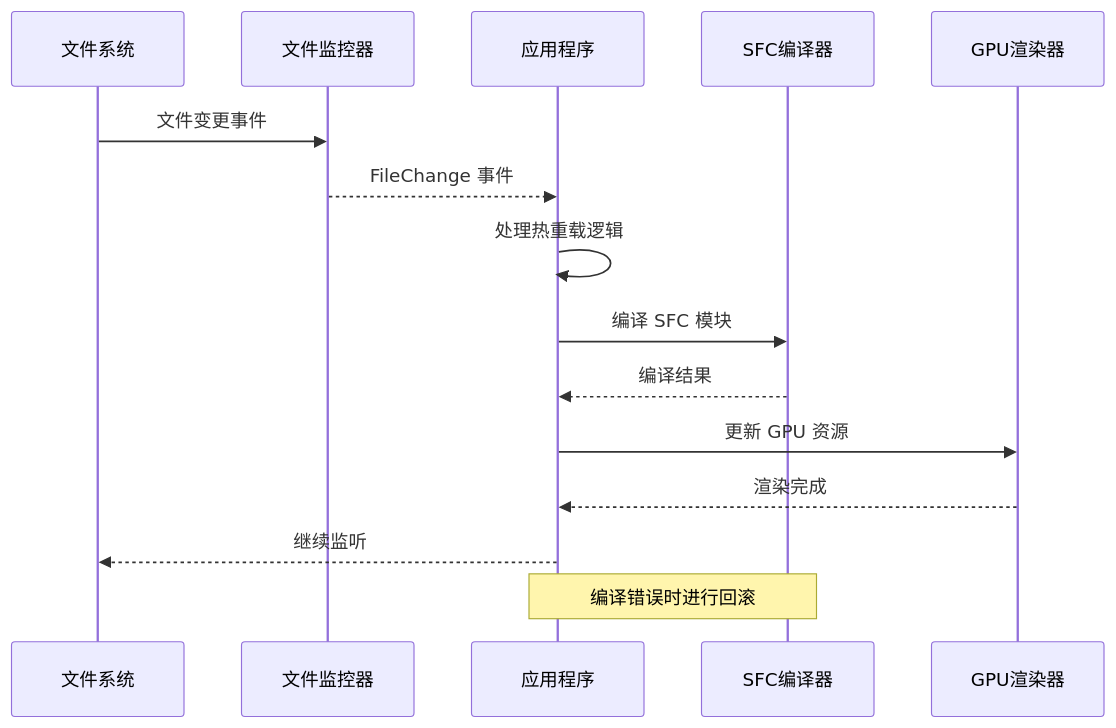
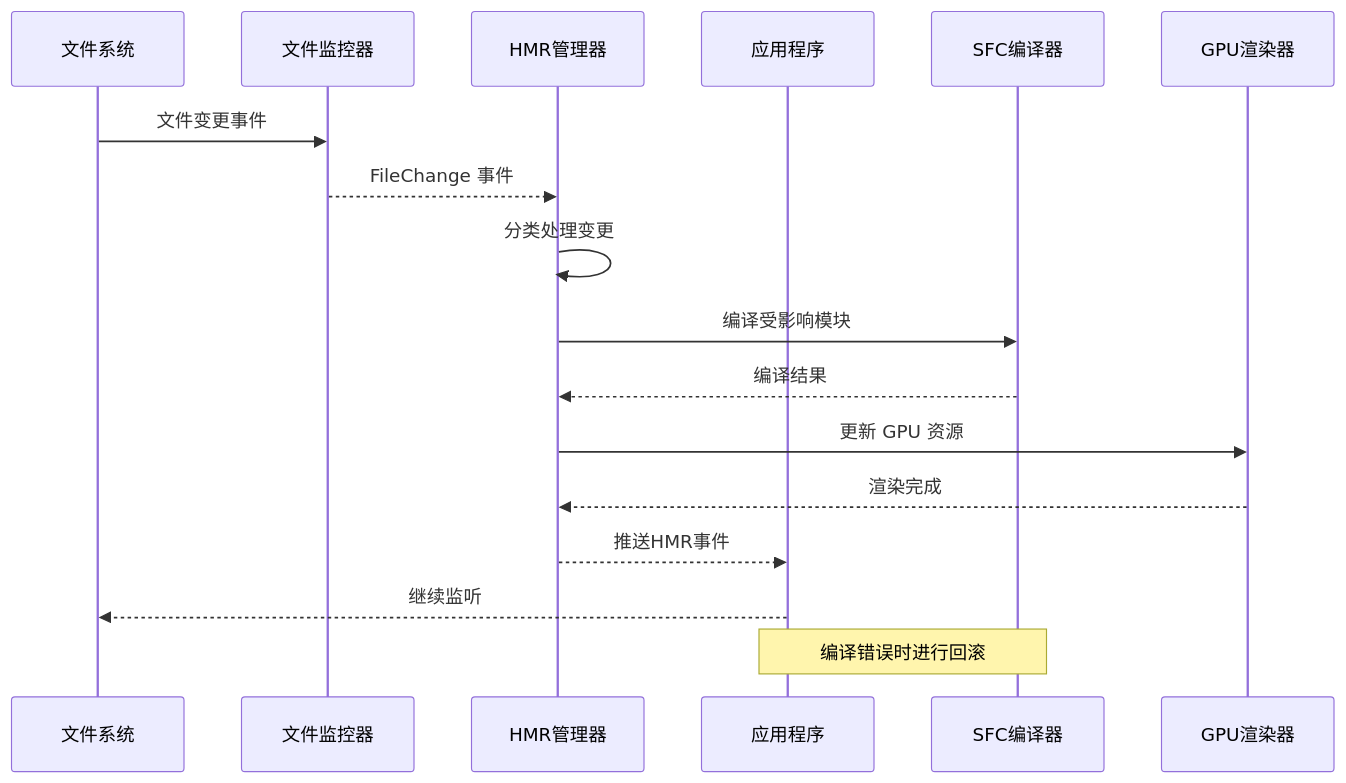
One commit to itszzl-sudo/iris changed the fifth of 14 diagrams in .qoder/repowiki/zh/content/核心功能特性/双端跨平台运行/文件监控与热重载系统.md. Above: the diagram before and after it, drawn with Mermaid. The commit also changed other lines of this file and 17 other files, not shown here.

````diff
--- a/.qoder/repowiki/zh/content/核心功能特性/双端跨平台运行/文件监控与热重载系统.md
+++ b/.qoder/repowiki/zh/content/核心功能特性/双端跨平台运行/文件监控与热重载系统.md
@@ -178,17 +238,19 @@
 ```mermaid
 sequenceDiagram
 participant FS as 文件系统
 participant FW as 文件监控器
+participant HMR as HMR管理器
 participant APP as 应用程序
 participant SFC as SFC编译器
 participant GPU as GPU渲染器
 FS->>FW : 文件变更事件
-FW-->>APP : FileChange 事件
-APP->>APP : 处理热重载逻辑
-APP->>SFC : 编译 SFC 模块
-SFC-->>APP : 编译结果
-APP->>GPU : 更新 GPU 资源
-GPU-->>APP : 渲染完成
+FW-->>HMR : FileChange 事件
+HMR->>HMR : 分类处理变更
+HMR->>SFC : 编译受影响模块
+SFC-->>HMR : 编译结果
+HMR->>GPU : 更新 GPU 资源
+GPU-->>HMR : 渲染完成
+HMR-->>APP : 推送HMR事件
 APP-->>FS : 继续监听
 Note over APP,SFC : 编译错误时进行回滚
 ```
````
